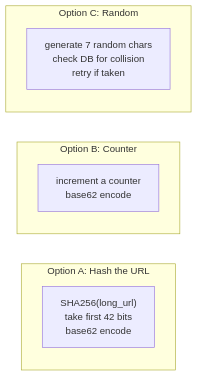
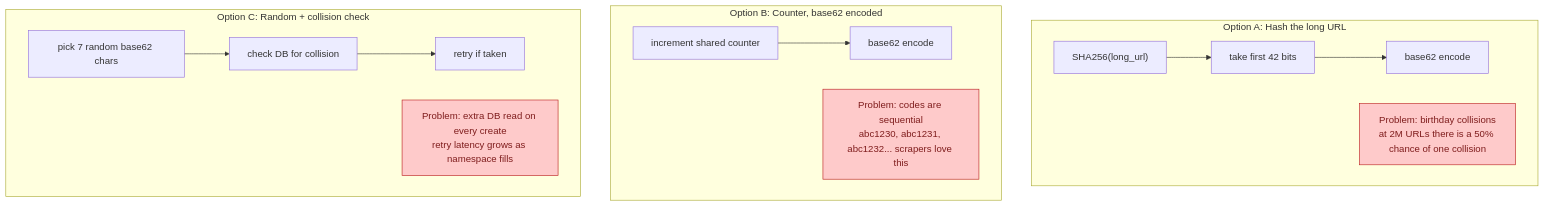
Before and after one commit to shiningflash/system-design: the third of 10 diagrams in problems/001-url-shortener/question.md, drawn with Mermaid. The commit also changed other lines of this file and 1 other file, not shown here.

First line of the commit message:
Rewrite URL shortener problem & solution

````diff
--- a/problems/001-url-shortener/question.md
+++ b/problems/001-url-shortener/question.md
@@ -171,12 +155,17 @@
 ```mermaid
-flowchart LR
-    subgraph A["Option A: Hash the URL"]
-        A1["SHA256(long_url)<br/>take first 42 bits<br/>base62 encode"]
+flowchart TB
+    subgraph A["Option A: Hash the long URL"]
+        A1["SHA256(long_url)"] --> A2["take first 42 bits"] --> A3["base62 encode"]
+        A4["Problem: birthday collisions<br/>at 2M URLs there is a 50% chance of one collision"]:::bad
     end
-    subgraph B["Option B: Counter"]
-        B1["increment a counter<br/>base62 encode"]
+    subgraph B["Option B: Counter, base62 encoded"]
+        B1["increment shared counter"] --> B2["base62 encode"]
+        B3["Problem: codes are sequential<br/>abc1230, abc1231, abc1232... scrapers love this"]:::bad
     end
-    subgraph C["Option C: Random"]
-        C1["generate 7 random chars<br/>check DB for collision<br/>retry if taken"]
+    subgraph C["Option C: Random + collision check"]
+        C1["pick 7 random base62 chars"] --> C2["check DB for collision"] --> C3["retry if taken"]
+        C4["Problem: extra DB read on every create<br/>retry latency grows as namespace fills"]:::bad
     end
+
+    classDef bad fill:#fecaca,stroke:#b91c1c,color:#7f1d1d
 ```
````
